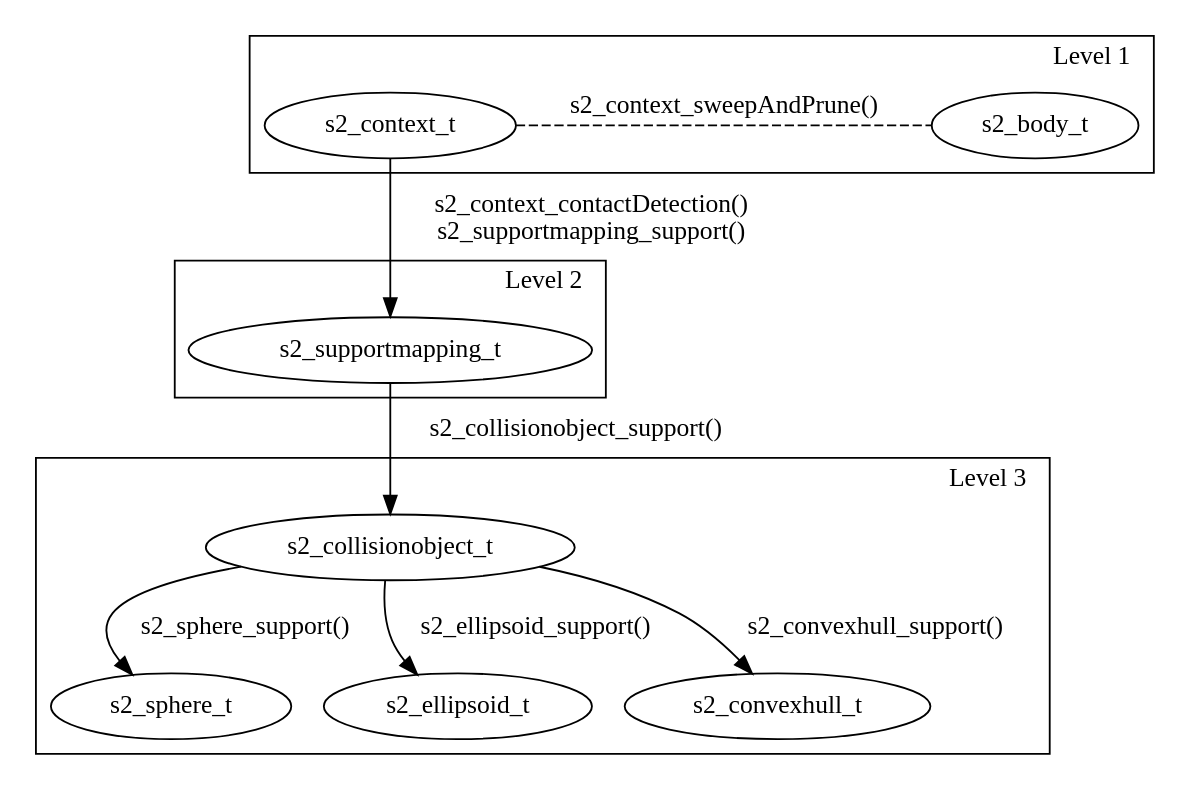
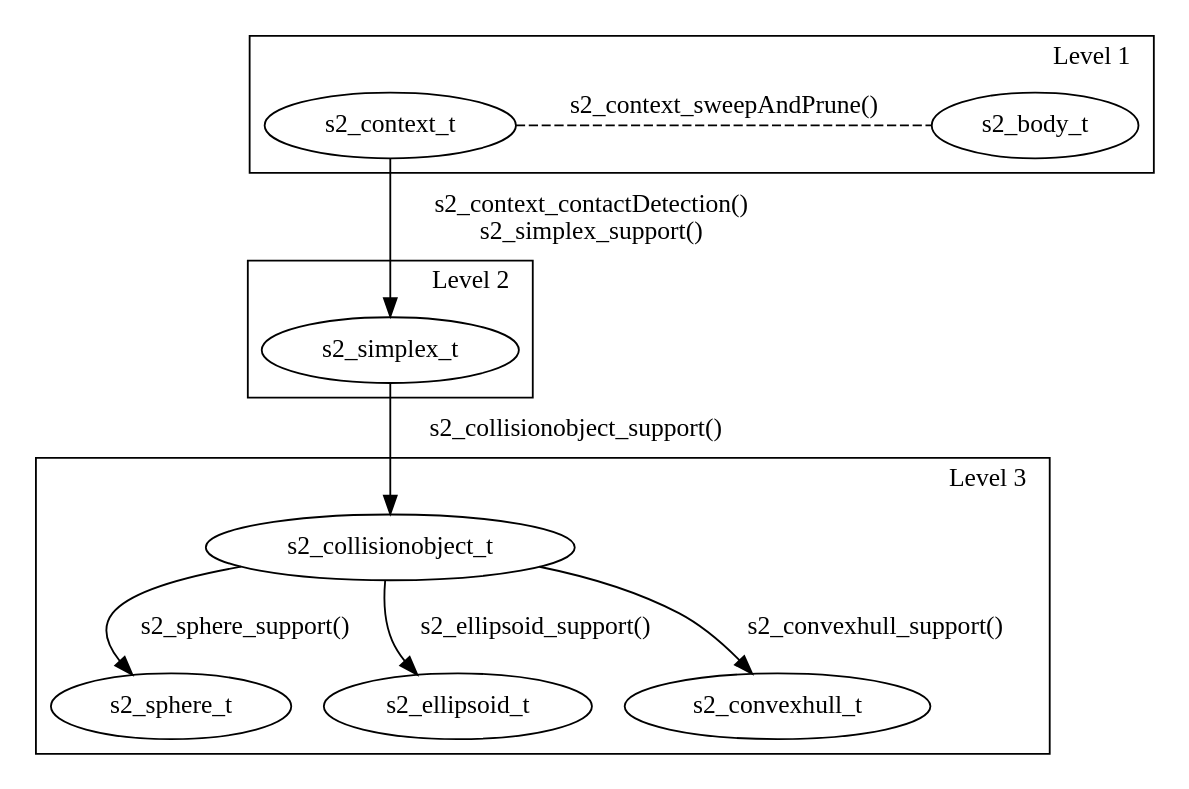
The diagram in doc/sphinx/contact_detection/contact_detection_overview.dot (shift-dynamics/shift), drawn with Graphviz before and after one commit. The commit also changed 20 other files, not shown here.

Commit message:
update name of s2_simplex_t datastructure, move shape matrices into s2_collisionobject_t

```diff
--- a/doc/sphinx/contact_detection/contact_detection_overview.dot
+++ b/doc/sphinx/contact_detection/contact_detection_overview.dot
@@ -1,26 +1,26 @@
 digraph g {
 
 	subgraph cluster_0 {
     label="Level 1";
     labeljust=right;
     s2_context_t -> s2_body_t [style=dashed; dir=none; label="s2_context_sweepAndPrune()"];
       {rank=same; s2_context_t; s2_body_t; }
   }
 
   subgraph cluster_1 {
     label="Level 2";
     labeljust=right;
-    s2_supportmapping_t;
+    s2_simplex_t;
   }
 
   subgraph cluster_2 {
     label="Level 3";
     labeljust=right;
     s2_collisionobject_t -> s2_sphere_t [label="s2_sphere_support()"];
     s2_collisionobject_t -> s2_ellipsoid_t [label="s2_ellipsoid_support()"];
     s2_collisionobject_t -> s2_convexhull_t [label="s2_convexhull_support()"];
   }
 
-  s2_context_t -> s2_supportmapping_t [label=" s2_context_contactDetection()\n s2_supportmapping_support()"];
-  s2_supportmapping_t -> s2_collisionobject_t [label=" s2_collisionobject_support()"];
+  s2_context_t -> s2_simplex_t [label=" s2_context_contactDetection()\n s2_simplex_support()"];
+  s2_simplex_t -> s2_collisionobject_t [label=" s2_collisionobject_support()"];
 }
```
